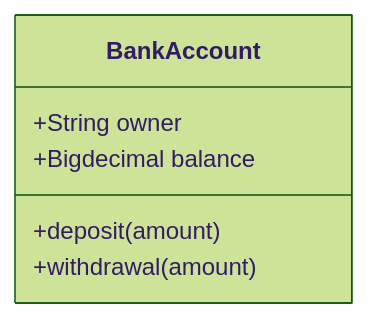
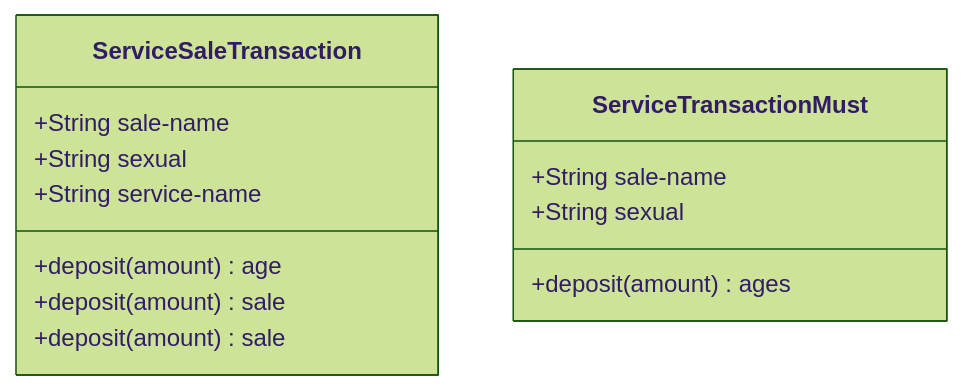
Before and after one commit to sakuriver/DocumentManagement: the first of 2 diagrams in cobolsampleflow.md, drawn with Mermaid (forest theme). The commit also changed other lines of this file, not shown here.

Commit message:
売上処理転記用のサンプルを翻訳してみた。

````diff
--- a/cobolsampleflow.md
+++ b/cobolsampleflow.md
@@ -4,10 +4,18 @@
 ```mermaid
 
 classDiagram
-    class BankAccount
-    BankAccount : +String owner
-    BankAccount : +Bigdecimal balance
-    BankAccount : +deposit(amount)
-    BankAccount : +withdrawal(amount)
+    class ServiceSaleTransaction
+    ServiceSaleTransaction : +String sale-name
+    ServiceSaleTransaction : +String sexual
+    ServiceSaleTransaction : +deposit(amount) age
+    ServiceSaleTransaction : +deposit(amount) sale
+
+    class ServiceTransactionMust
+    ServiceTransactionMust : +String sale-name
+    ServiceTransactionMust : +String sexual
+    ServiceTransactionMust : +deposit(amount) ages
+    ServiceSaleTransaction : +deposit(amount) sale
+    ServiceSaleTransaction : +String service-name 
+
 
 ```
````
